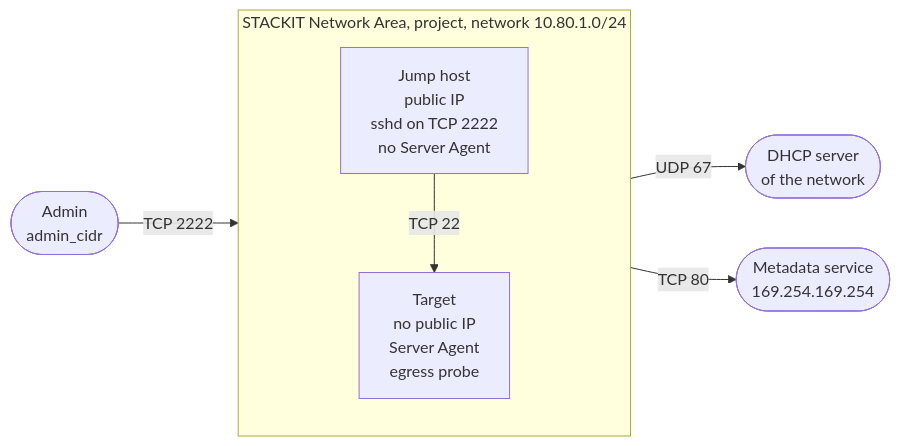
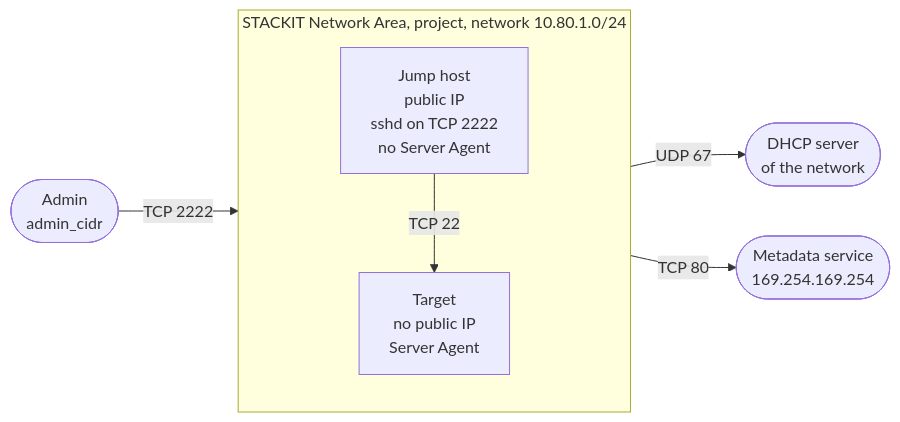
The diagram in examples/iaas-server-agent-restricted-egress/README.md (devpie/professional-service), drawn with Mermaid before and after one commit. The commit also changed other lines of this file and 9 other files, not shown here.

````diff
--- a/examples/iaas-server-agent-restricted-egress/README.md
+++ b/examples/iaas-server-agent-restricted-egress/README.md
@@ -23,18 +23,18 @@
 ```mermaid
 flowchart LR
     admin(["Admin\nadmin_cidr"])
 
     subgraph net["STACKIT Network Area, project, network 10.80.1.0/24"]
         direction TB
         jump["Jump host\npublic IP\nsshd on TCP 2222\nno Server Agent"]
-        target["Target\nno public IP\nServer Agent\negress probe"]
+        target["Target\nno public IP\nServer Agent"]
     end
 
     dhcp(["DHCP server\nof the network"])
     metadata(["Metadata service\n169.254.169.254"])
 
     admin -->|"TCP 2222"| jump
     jump -->|"TCP 22"| target
     target -->|"UDP 67"| dhcp
     target -->|"TCP 80"| metadata
 ```
````
